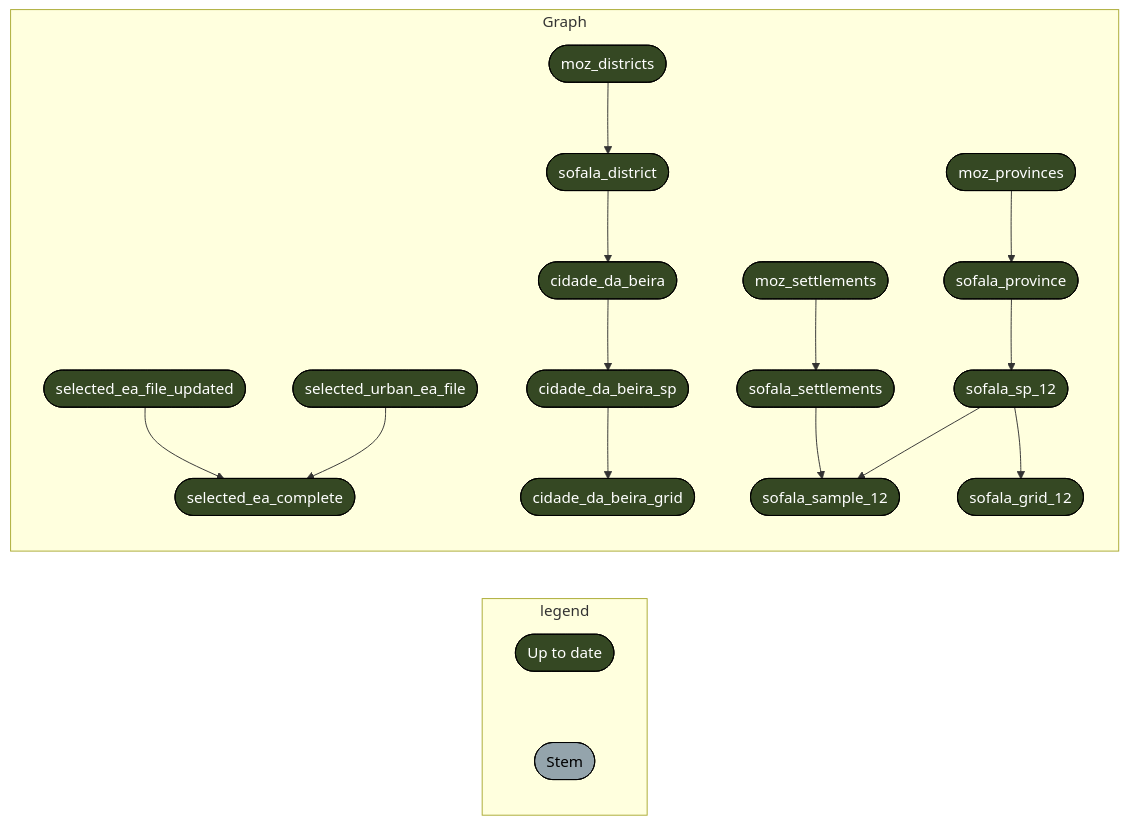
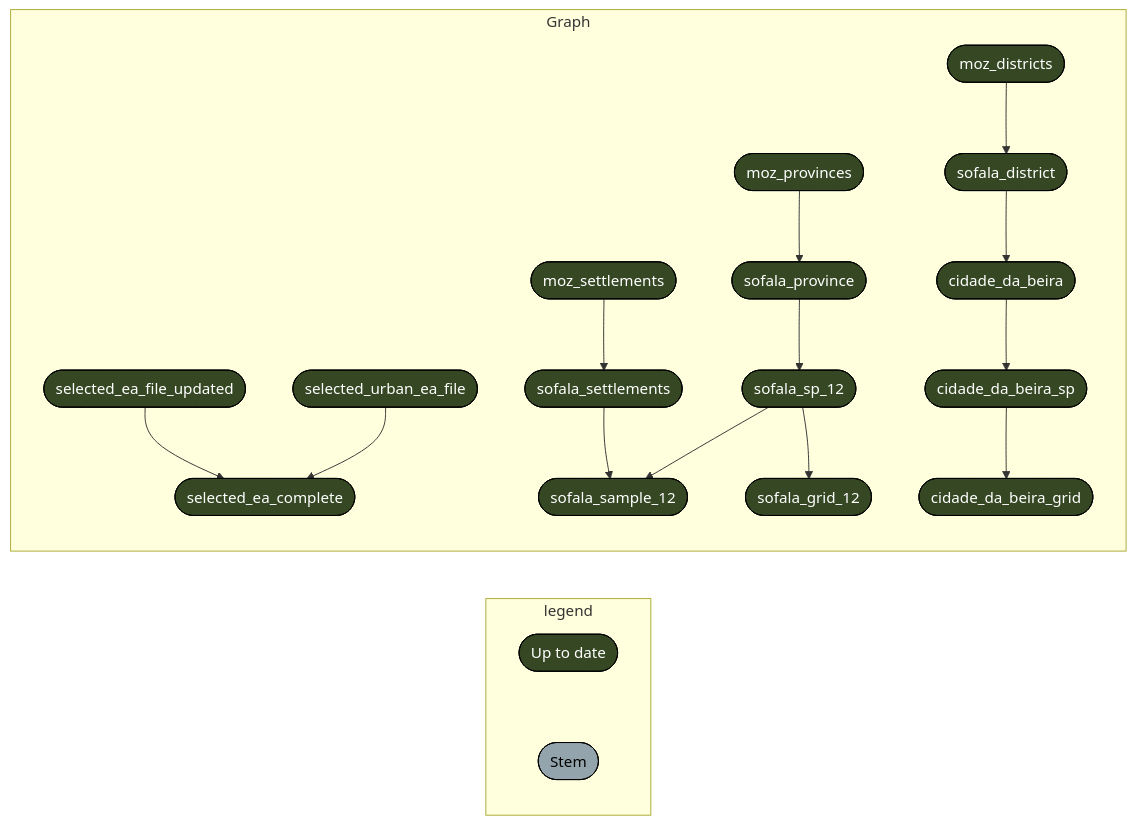
Before and after one commit to katilingban/mozambique-s3m: the first of 2 diagrams in README.md, drawn with Mermaid. The commit also changed other lines of this file and 2 other files, not shown here.

````diff
--- a/README.md
+++ b/README.md
@@ -29,23 +29,23 @@
 ``` mermaid
 graph LR
   subgraph legend
     x7420bd9270f8d27d([""Up to date""]):::uptodate --- xbf4603d6c2c2ad6b([""Stem""]):::none
   end
   subgraph Graph
+    xeb7dee2731da6b05(["moz_settlements"]):::uptodate --> xb7ac41c07a011c84(["sofala_settlements"]):::uptodate
+    x07b06a64d6979765(["cidade_da_beira"]):::uptodate --> x216c8615edb5b18d(["cidade_da_beira_sp"]):::uptodate
+    xac05260670c94749(["sofala_district"]):::uptodate --> x07b06a64d6979765(["cidade_da_beira"]):::uptodate
     x3fcad629bf609680(["selected_ea_file_updated"]):::uptodate --> x92e3f678d50e7191(["selected_ea_complete"]):::uptodate
     xfdb6a9b6a0e24e2c(["selected_urban_ea_file"]):::uptodate --> x92e3f678d50e7191(["selected_ea_complete"]):::uptodate
-    xac05260670c94749(["sofala_district"]):::uptodate --> x07b06a64d6979765(["cidade_da_beira"]):::uptodate
-    x216c8615edb5b18d(["cidade_da_beira_sp"]):::uptodate --> x91135f521fae67c1(["cidade_da_beira_grid"]):::uptodate
-    x75893273a2726411(["moz_provinces"]):::uptodate --> x89b92e016b1a0789(["sofala_province"]):::uptodate
     xb7ac41c07a011c84(["sofala_settlements"]):::uptodate --> xbac0d63338e90727(["sofala_sample_12"]):::uptodate
     x36ac982d46cbe0a5(["sofala_sp_12"]):::uptodate --> xbac0d63338e90727(["sofala_sample_12"]):::uptodate
-    xeb7dee2731da6b05(["moz_settlements"]):::uptodate --> xb7ac41c07a011c84(["sofala_settlements"]):::uptodate
+    x75893273a2726411(["moz_provinces"]):::uptodate --> x89b92e016b1a0789(["sofala_province"]):::uptodate
     x89b92e016b1a0789(["sofala_province"]):::uptodate --> x36ac982d46cbe0a5(["sofala_sp_12"]):::uptodate
-    x07b06a64d6979765(["cidade_da_beira"]):::uptodate --> x216c8615edb5b18d(["cidade_da_beira_sp"]):::uptodate
     x2ae35f7d7ffcedde(["moz_districts"]):::uptodate --> xac05260670c94749(["sofala_district"]):::uptodate
     x36ac982d46cbe0a5(["sofala_sp_12"]):::uptodate --> x3e8475df052020ee(["sofala_grid_12"]):::uptodate
+    x216c8615edb5b18d(["cidade_da_beira_sp"]):::uptodate --> x91135f521fae67c1(["cidade_da_beira_grid"]):::uptodate
   end
   classDef uptodate stroke:#000000,color:#ffffff,fill:#354823;
   classDef none stroke:#000000,color:#000000,fill:#94a4ac;
   linkStyle 0 stroke-width:0px;
 ```
````
